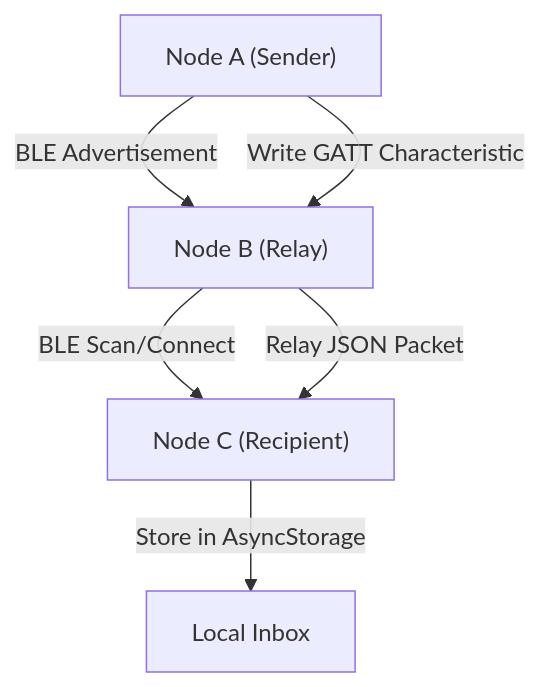
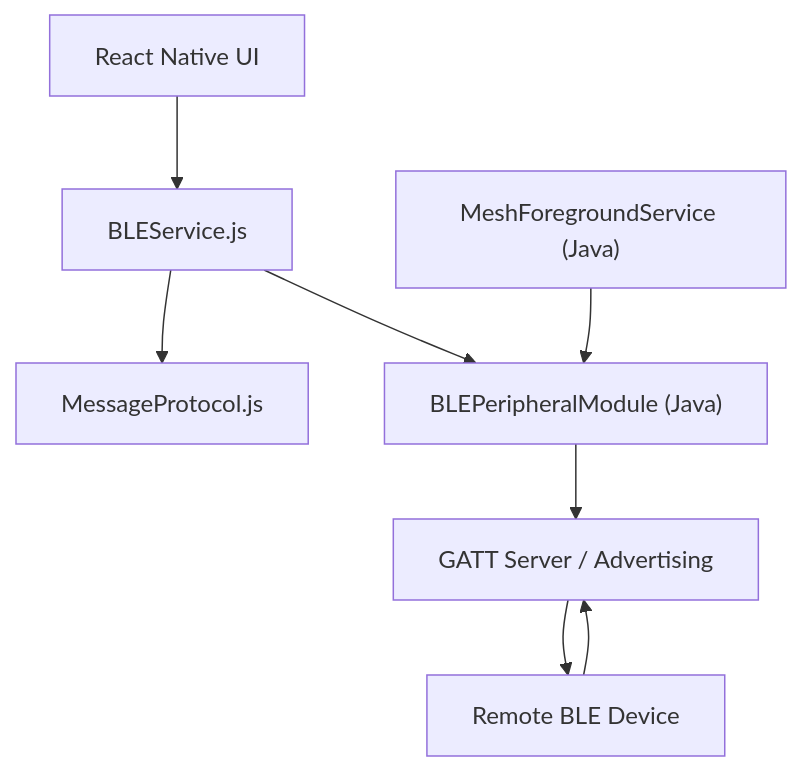
Before and after one commit to shinymacktest/gitdex-docs: the diagram in docs/shinymack/MeshChat/1_project_overview.mdx, drawn with Mermaid. The commit also changed other lines of this file and 7 other files, not shown here.

````diff
--- a/docs/shinymack/MeshChat/1_project_overview.mdx
+++ b/docs/shinymack/MeshChat/1_project_overview.mdx
@@ -27,8 +24,10 @@
 ```mermaid
 graph TD
-    A["Node A (Sender)"] -->|BLE Advertisement| B["Node B (Relay)"]
-    B -->|BLE Scan/Connect| C["Node C (Recipient)"]
-    A -->|Write GATT Characteristic| B
-    B -->|Relay JSON Packet| C
-    C -->|Store in AsyncStorage| D["Local Inbox"]
+    A["React Native UI"] --> B["BLEService.js"]
+    B --> C["MessageProtocol.js"]
+    B --> D["BLEPeripheralModule (Java)"]
+    D --> E["GATT Server / Advertising"]
+    F["MeshForegroundService (Java)"] --> D
+    E --> G["Remote BLE Device"]
+    G --> E
 ```
````
